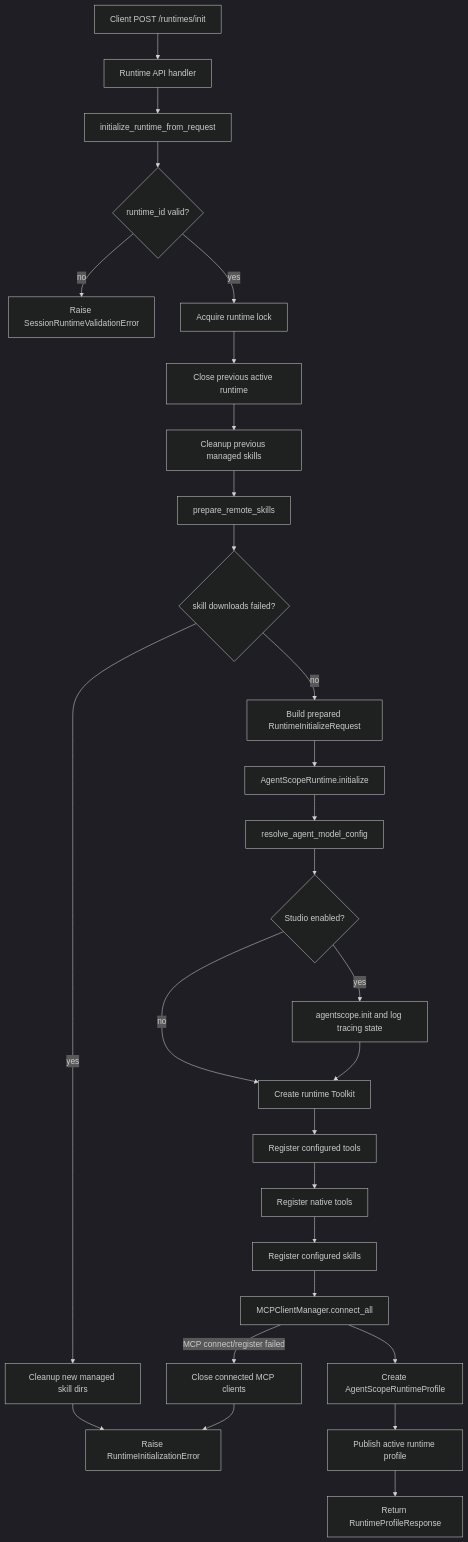
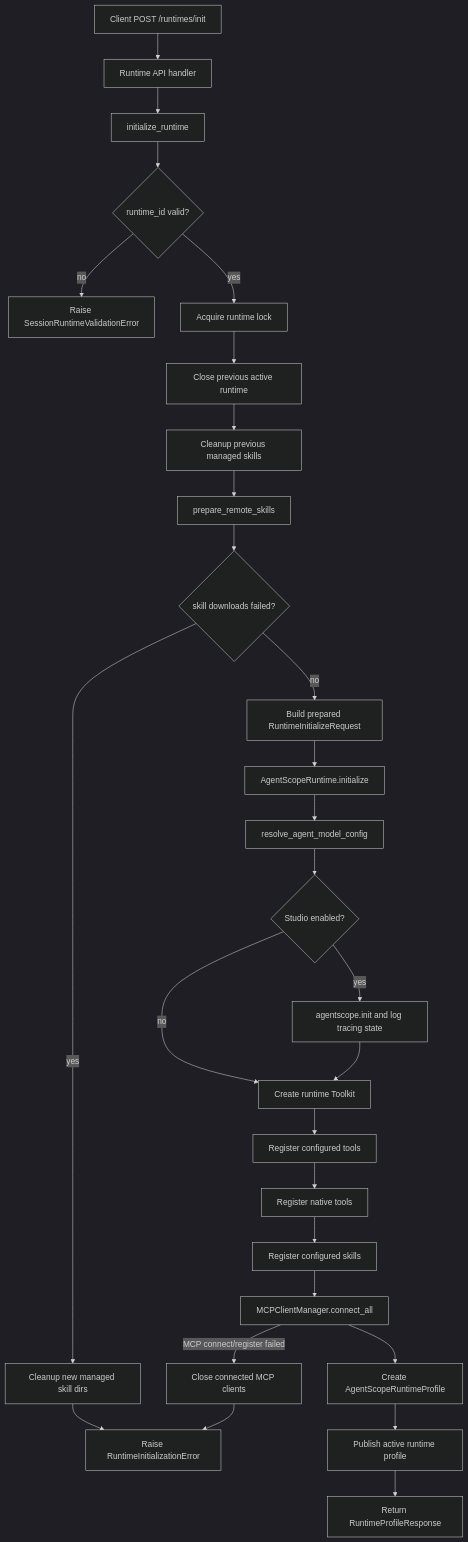
Before and after one commit to mooneclipsed/myagent: the second of 4 diagrams in docs/architecture.md, drawn with Mermaid (dark theme). The commit also changed other lines of this file and 3 other files, not shown here.

Commit message:
refractor: extract initialize_runtime_from_request -> initialize_runtime

````diff
--- a/docs/architecture.md
+++ b/docs/architecture.md
@@ -130,32 +130,32 @@
 ```mermaid
 flowchart TD
     A[Client POST /runtimes/init] --> B[Runtime API handler]
-    B --> C[initialize_runtime_from_request]
+    B --> C[initialize_runtime]
     C --> D{runtime_id valid?}
     D -- no --> E[Raise SessionRuntimeValidationError]
     D -- yes --> F[Acquire runtime lock]
     F --> G[Close previous active runtime]
     G --> H[Cleanup previous managed skills]
     H --> I[prepare_remote_skills]
     I --> J{skill downloads failed?}
     J -- yes --> K[Cleanup new managed skill dirs]
     K --> L[Raise RuntimeInitializationError]
     J -- no --> M[Build prepared RuntimeInitializeRequest]
 
     M --> N[AgentScopeRuntime.initialize]
     N --> O[resolve_agent_model_config]
     O --> P{Studio enabled?}
     P -- yes --> Q[agentscope.init and log tracing state]
     P -- no --> R[Create runtime Toolkit]
     Q --> R
     R --> S[Register configured tools]
     S --> T[Register native tools]
     T --> U[Register configured skills]
     U --> V[MCPClientManager.connect_all]
     V --> W[Create AgentScopeRuntimeProfile]
     W --> X[Publish active runtime profile]
     X --> Y[Return RuntimeProfileResponse]
 
     V -- MCP connect/register failed --> Z[Close connected MCP clients]
     Z --> L
 ```
````
